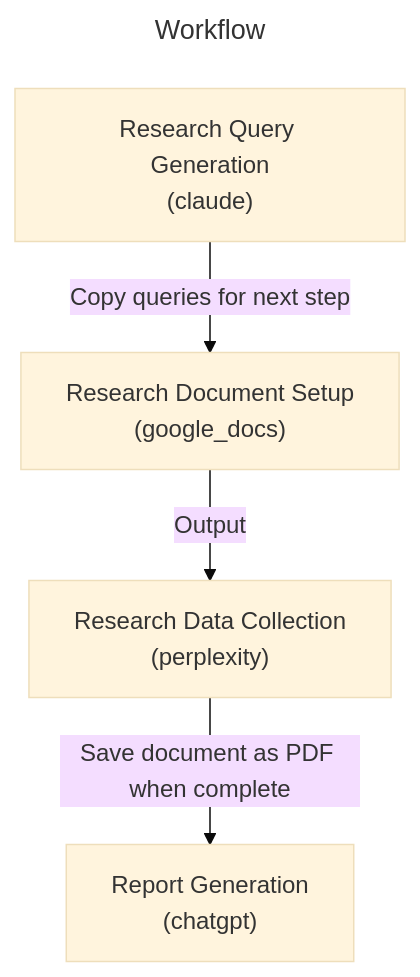
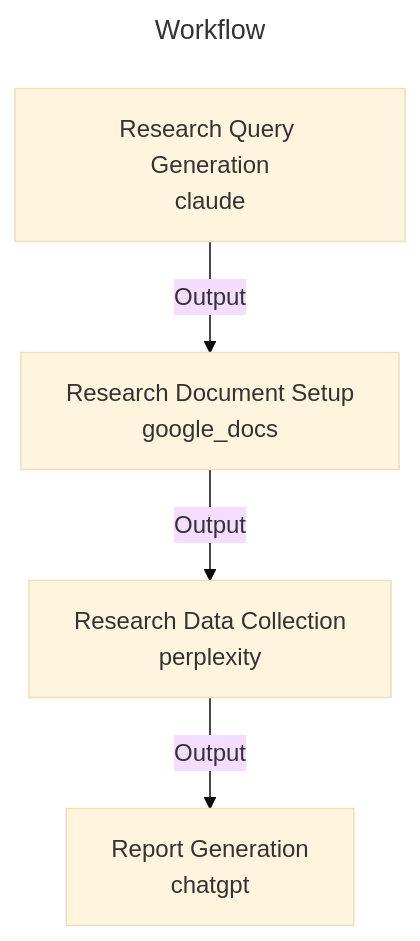
Before and after one commit to yaniv-golan/ai-recipes: the diagram in recipes/yaniv-golan/market-analysis/README.md, drawn with Mermaid (base theme). The commit also changed 6 other files, not shown here.

First line of the commit message:
fix: improve workflow diagram generation

````diff
--- a/recipes/yaniv-golan/market-analysis/README.md
+++ b/recipes/yaniv-golan/market-analysis/README.md
@@ -42,14 +42,14 @@
 ```mermaid
 ---
 title: Workflow
 ---
 graph TD
-    query_generation["Research Query Generation<br>(claude)"]
-    query_generation -->|Copy queries for next step| setup_document
-    setup_document["Research Document Setup<br>(google_docs)"]
+    query_generation["Research Query Generation<br/>claude"]
+    query_generation -->|Output| setup_document
+    setup_document["Research Document Setup<br/>google_docs"]
     setup_document -->|Output| research_execution
-    research_execution["Research Data Collection<br>(perplexity)"]
-    research_execution -->|Save document as PDF when complete| synthesis_analysis
-    synthesis_analysis["Report Generation<br>(chatgpt)"]
+    research_execution["Research Data Collection<br/>perplexity"]
+    research_execution -->|Output| synthesis_analysis
+    synthesis_analysis["Report Generation<br/>chatgpt"]
 
 ```
````
